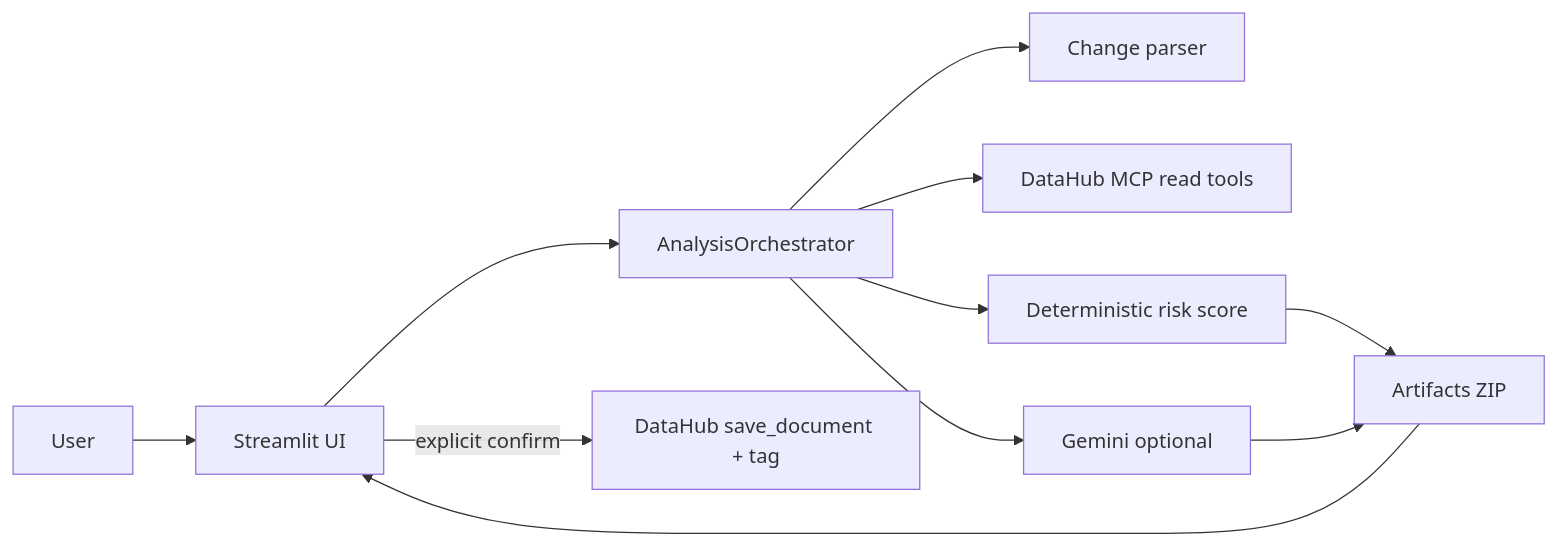
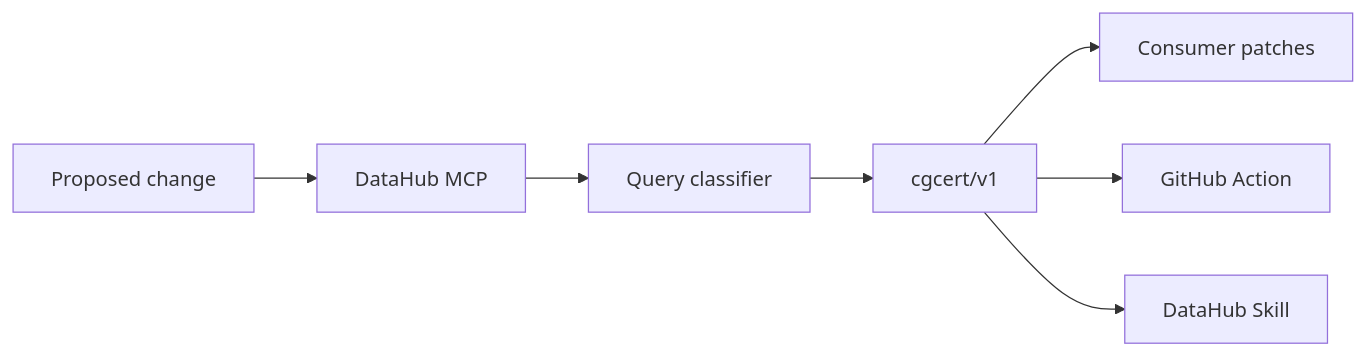
Before and after one commit to pamu512/ContextGuard: the diagram in README.md, drawn with Mermaid. The commit also changed other lines of this file and 29 other files, not shown here.

First line of the commit message:
Add query-aware breakage certificates, CI merge gate, and DataHub skill.

````diff
--- a/README.md
+++ b/README.md
@@ -67,13 +74,9 @@
 ```mermaid
 flowchart LR
-  User --> UI[Streamlit UI]
-  UI --> Orch[AnalysisOrchestrator]
-  Orch --> Parse[Change parser]
-  Orch --> MCP[DataHub MCP read tools]
-  Orch --> Risk[Deterministic risk score]
-  Orch --> LLM[Gemini optional]
-  Risk --> Arts[Artifacts ZIP]
-  LLM --> Arts
-  Arts --> UI
-  UI -->|explicit confirm| Write[DataHub save_document + tag]
+  Change[Proposed change] --> Evidence[DataHub MCP]
+  Evidence --> Classifier[Query classifier]
+  Classifier --> Cert[cgcert/v1]
+  Cert --> Patches[Consumer patches]
+  Cert --> Gate[GitHub Action]
+  Cert --> Skill[DataHub Skill]
 ```
````
